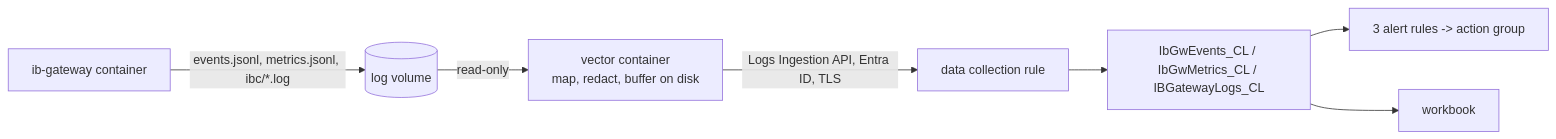
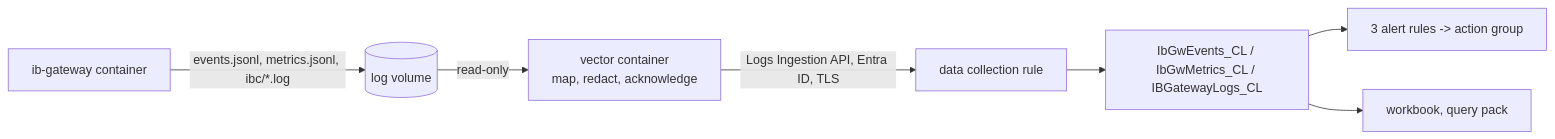
The diagram in azure/README.md (RocketEdge/brokersre-ib-gateway), drawn with Mermaid before and after one commit. The commit also changed other lines of this file and 1 other file, not shown here.

````diff
--- a/azure/README.md
+++ b/azure/README.md
@@ -7,9 +15,9 @@
 ```mermaid
 flowchart LR
   G[ib-gateway container] -- events.jsonl, metrics.jsonl, ibc/*.log --> V[(log volume)]
-  V -- read-only --> S[vector container<br/>map, redact, buffer on disk]
+  V -- read-only --> S[vector container<br/>map, redact, acknowledge]
   S -- Logs Ingestion API, Entra ID, TLS --> D[data collection rule]
   D --> T[IbGwEvents_CL / IbGwMetrics_CL / IBGatewayLogs_CL]
   T --> A[3 alert rules -> action group]
-  T --> W[workbook]
+  T --> W[workbook, query pack]
 ```
````
